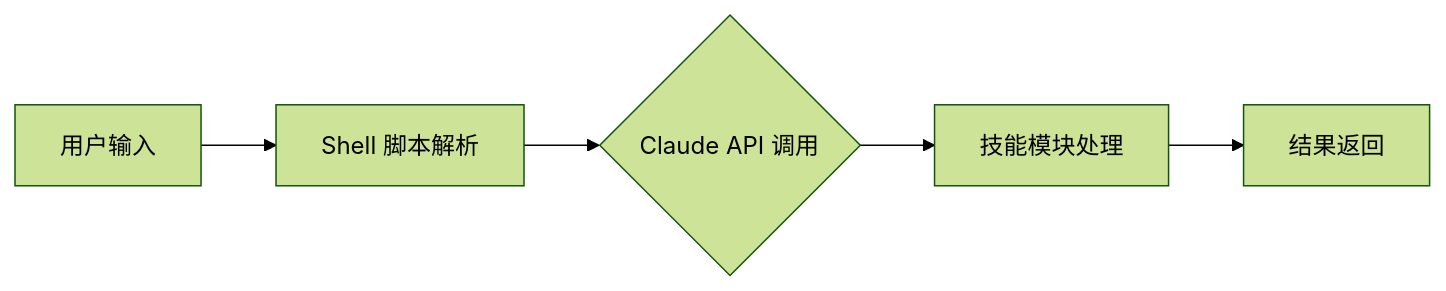
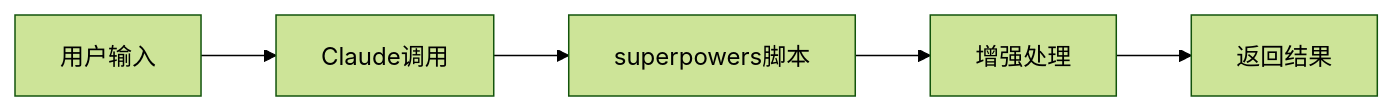
The first of 5 diagrams in reports/2026/01/2026-01-12.md (wayyoungboy/github-trending-reporter), drawn with Mermaid (forest theme) before and after one commit. The commit also changed other lines of this file and 1 other file, not shown here.

````diff
--- a/reports/2026/01/2026-01-12.md
+++ b/reports/2026/01/2026-01-12.md
@@ -62,7 +62,7 @@
 ```mermaid
 graph LR
-    A[用户输入] --> B[Shell 脚本解析]
-    B --> C{Claude API 调用}
-    C --> D[技能模块处理]
-    D --> E[结果返回]
+    A[用户输入] --> B[Claude调用]
+    B --> C[superpowers脚本]
+    C --> D[增强处理]
+    D --> E[返回结果]
 ```
````
